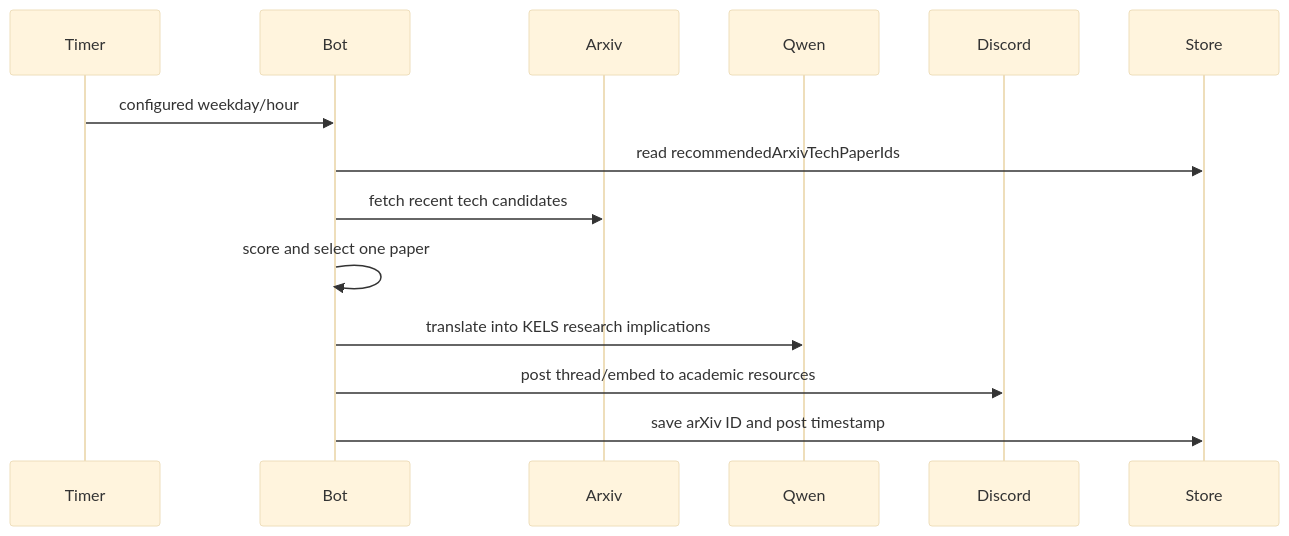
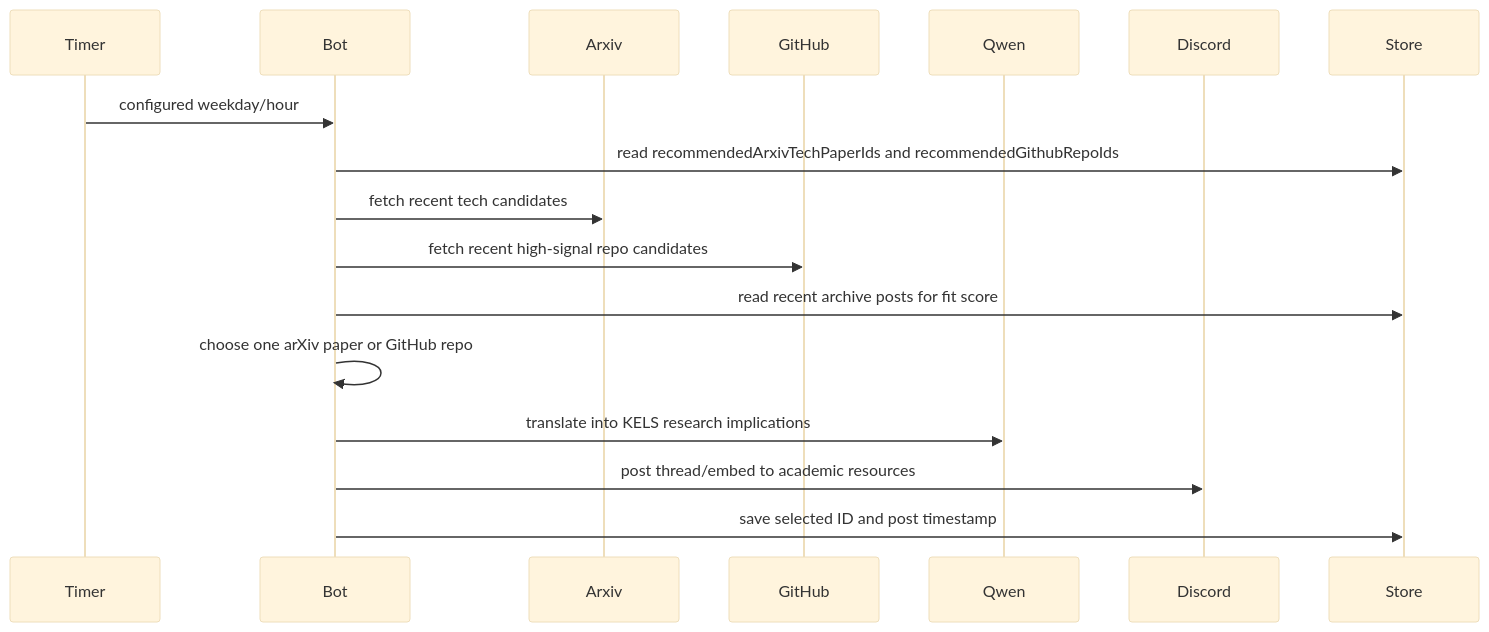
One commit to Educatian/kels-curator-bot changed the third of 5 diagrams in docs/ARCHITECTURE.md. Above: the diagram before and after it, drawn with Mermaid (base theme). The commit also changed other lines of this file and 21 other files, not shown here.

````diff
--- a/docs/ARCHITECTURE.md
+++ b/docs/ARCHITECTURE.md
@@ -231,17 +250,20 @@
 ```mermaid
 sequenceDiagram
   participant Timer
   participant Bot
   participant Arxiv
+  participant GitHub
   participant Qwen
   participant Discord
   participant Store
 
   Timer->>Bot: configured weekday/hour
-  Bot->>Store: read recommendedArxivTechPaperIds
+  Bot->>Store: read recommendedArxivTechPaperIds and recommendedGithubRepoIds
   Bot->>Arxiv: fetch recent tech candidates
-  Bot->>Bot: score and select one paper
+  Bot->>GitHub: fetch recent high-signal repo candidates
+  Bot->>Store: read recent archive posts for fit score
+  Bot->>Bot: choose one arXiv paper or GitHub repo
   Bot->>Qwen: translate into KELS research implications
   Bot->>Discord: post thread/embed to academic resources
-  Bot->>Store: save arXiv ID and post timestamp
+  Bot->>Store: save selected ID and post timestamp
 ```
````
